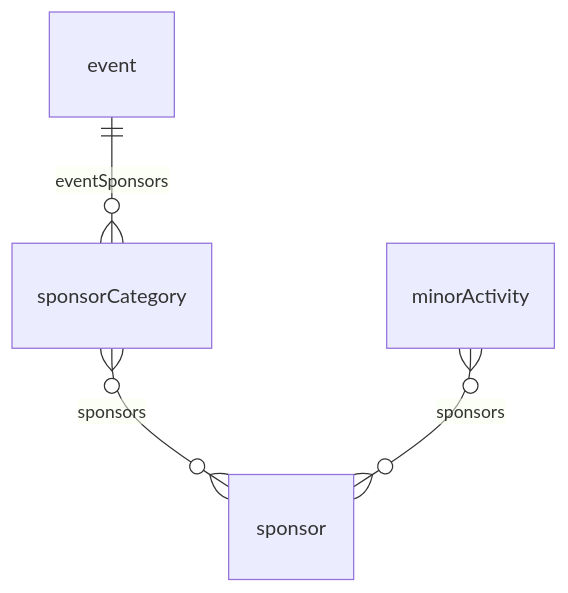
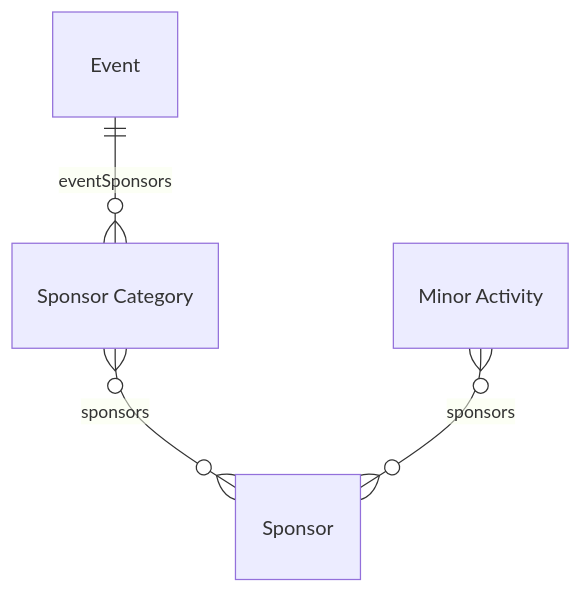
Before and after one commit to zarif-al/zarif-portfolio: the sixth of 8 diagrams in scripts/seed/content/projects/brightonseo.md, drawn with Mermaid. The commit also changed other lines of this file, not shown here.

Commit message:
docs(seed): expand brightonSEO content with multi-region and schema details

````diff
--- a/scripts/seed/content/projects/brightonseo.md
+++ b/scripts/seed/content/projects/brightonseo.md
@@ -74,6 +150,6 @@
 ```mermaid
 erDiagram
-  event ||--o{ sponsorCategory : eventSponsors
-  sponsorCategory }o--o{ sponsor : sponsors
-  minorActivity }o--o{ sponsor : sponsors
+  Event ||--o{ "Sponsor Category" : eventSponsors
+  "Sponsor Category" }o--o{ Sponsor : sponsors
+  "Minor Activity" }o--o{ Sponsor : sponsors
 ```
````
